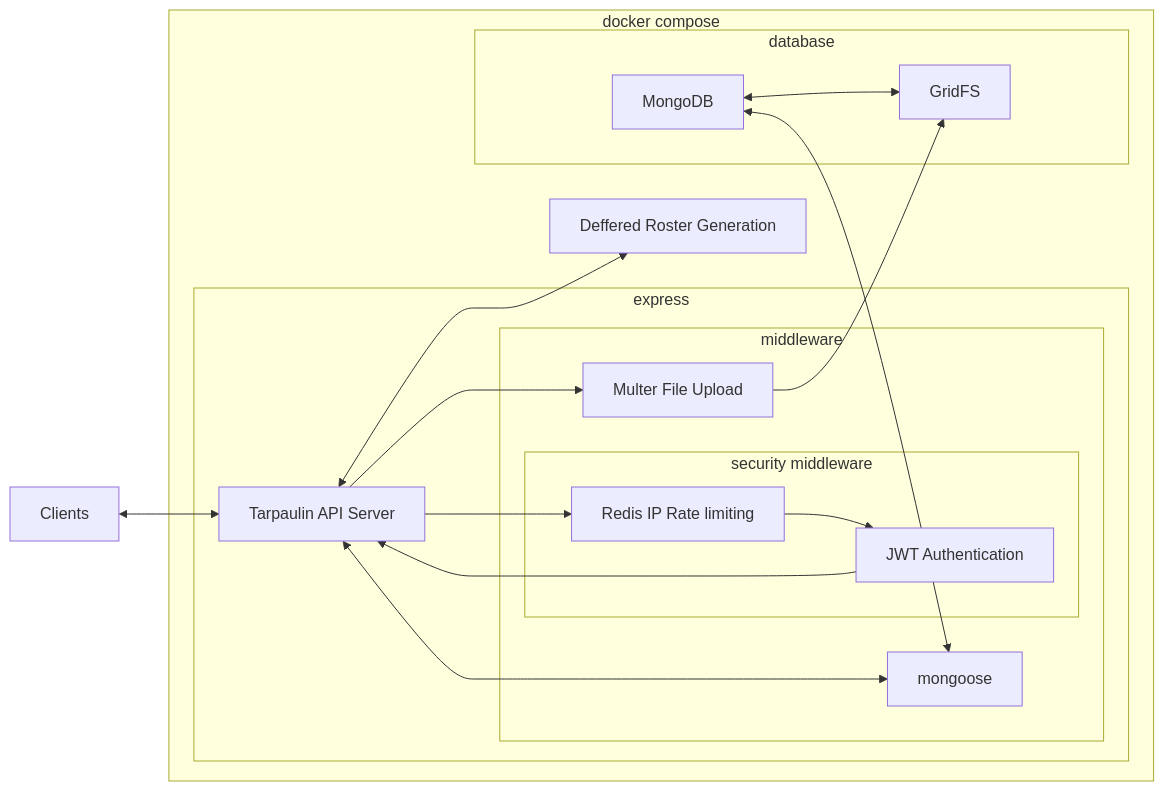
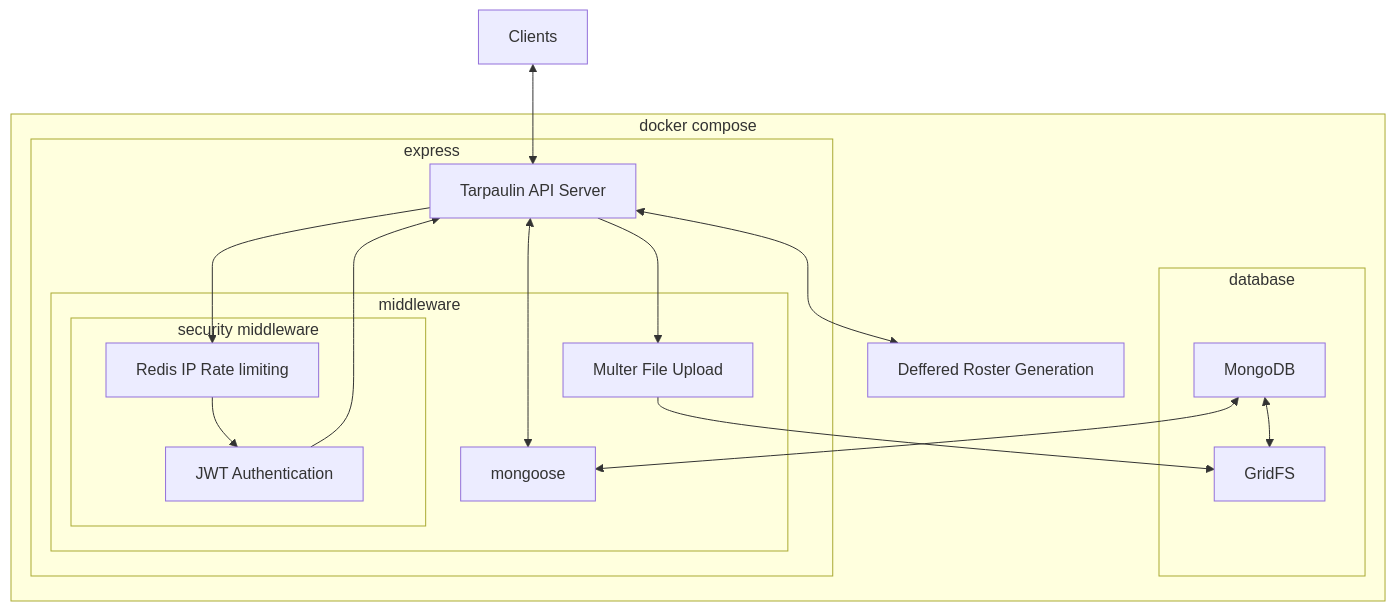
The diagram in api_arch_diagram.md (voermanr/cs493-project-tarpaulin), drawn with Mermaid before and after one commit.

Commit message:
Laying out architecture diagram more betterer

````diff
--- a/api_arch_diagram.md
+++ b/api_arch_diagram.md
@@ -1,34 +1,35 @@
 ```mermaid
-graph LR
+graph TD
     CLIENT[Clients]
     subgraph docker compose
+        ROSTER[Deffered Roster Generation]
+        subgraph database
+            DB[MongoDB]
+            FILE_DB[GridFS]
+        end
         subgraph express
-            API[Tarpaulin API Server]
             subgraph middleware
+                DB_WRAPPER[mongoose]
+                UPLOAD[Multer File Upload]
                 subgraph security middleware
                     IP_LIMIT[Redis IP Rate limiting]
                     AUTH[JWT Authentication]
                 end
-                UPLOAD[Multer File Upload]
-                DB_WRAPPER[mongoose]
             end
-        end 
-        subgraph database
-            DB[MongoDB]
-            FILE_DB[GridFS]
+
+            API[Tarpaulin API Server]
         end
-        ROSTER[Deffered Roster Generation]
     end
 
     
     CLIENT <--> API
     API --> IP_LIMIT
     IP_LIMIT --> AUTH
     AUTH --> API
     API <--> DB_WRAPPER
     DB <--> DB_WRAPPER
     DB <--> FILE_DB
     API --> UPLOAD
     UPLOAD --> FILE_DB
     API <--> ROSTER
 ```
````
